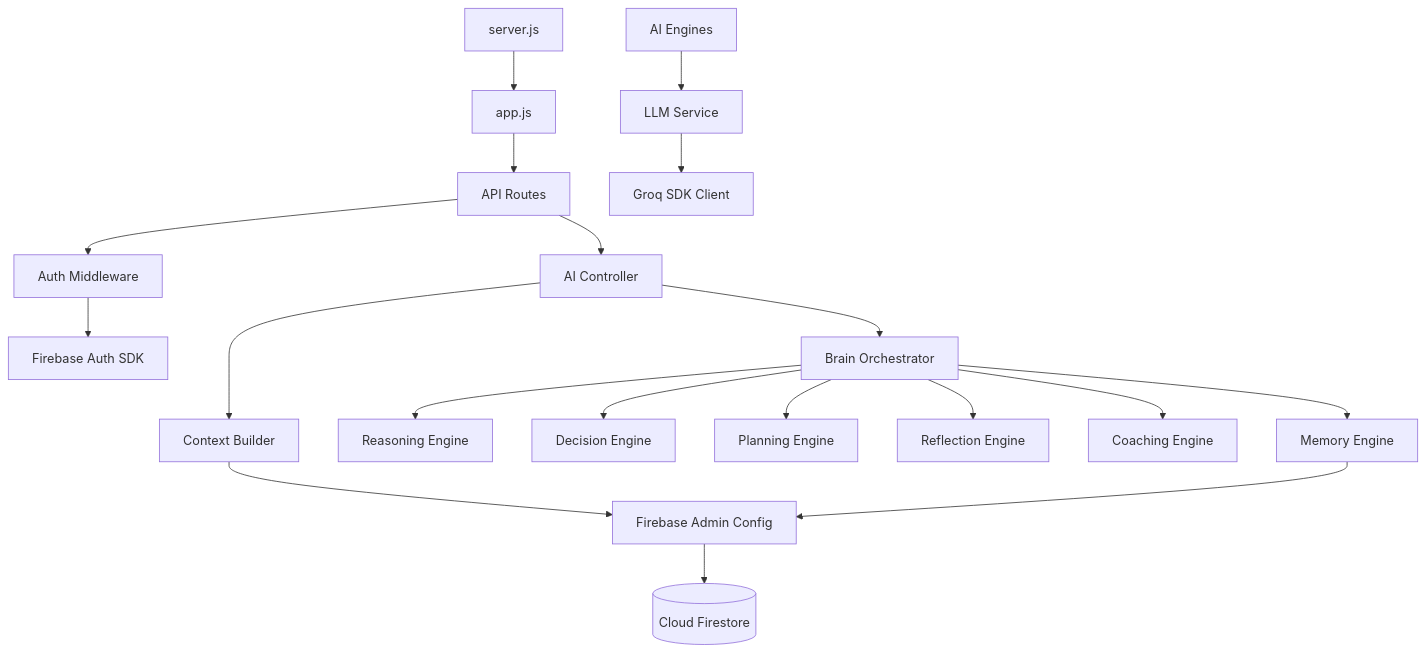
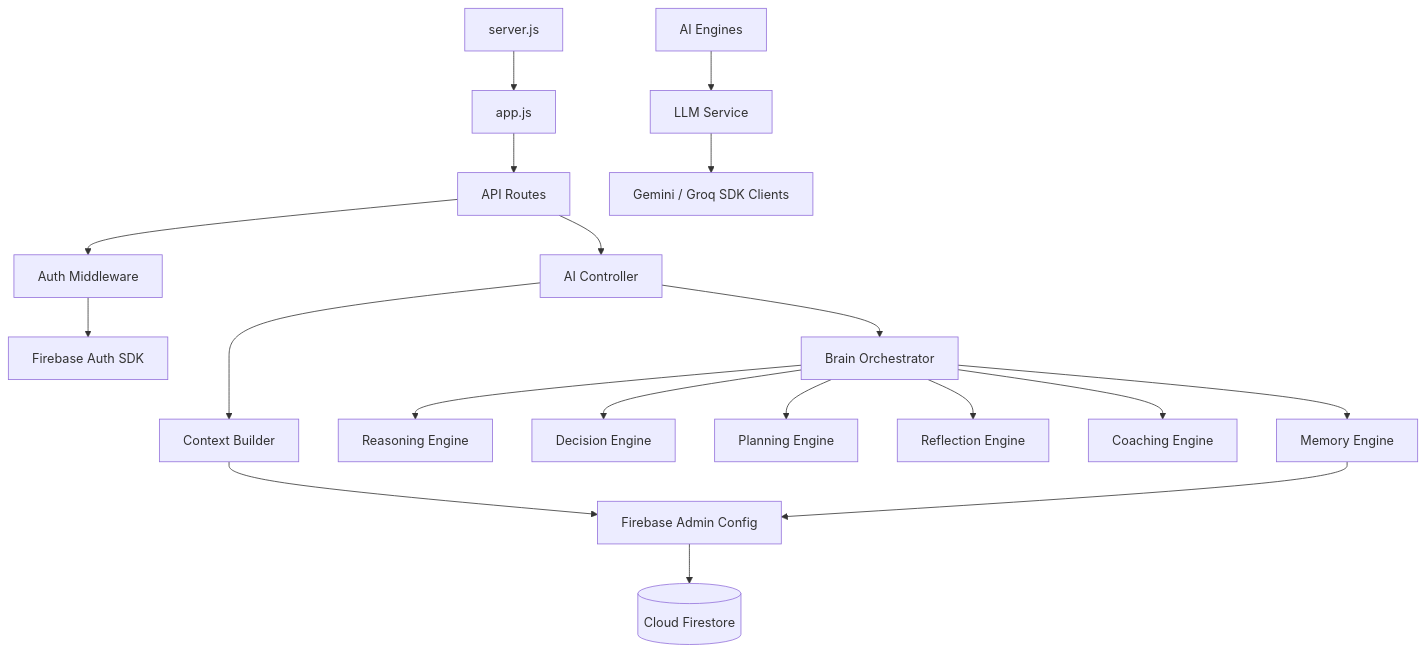
One commit to Nitish-0710/vibe2ship-momentum changed the fourth of 7 diagrams in README.md. Above: the diagram before and after it, drawn with Mermaid. The commit also changed other lines of this file and 5 other files, not shown here.

Commit message:
feat: implement dual-provider LLM architecture supporting Gemini and Groq

````diff
--- a/README.md
+++ b/README.md
@@ -211,23 +211,23 @@
 ```mermaid
 graph TD
     Server[server.js] --> App[app.js]
     App --> Routes[API Routes]
     Routes --> AuthMiddleware[Auth Middleware]
     AuthMiddleware --> FirebaseAuth[Firebase Auth SDK]
     Routes --> AIController[AI Controller]
     AIController --> ContextBuilder[Context Builder]
     AIController --> Orchestrator[Brain Orchestrator]
     Orchestrator --> ReasoningEngine[Reasoning Engine]
     Orchestrator --> DecisionEngine[Decision Engine]
     Orchestrator --> PlanningEngine[Planning Engine]
     Orchestrator --> ReflectionEngine[Reflection Engine]
     Orchestrator --> CoachingEngine[Coaching Engine]
     Orchestrator --> MemoryEngine[Memory Engine]
     
     Engines[AI Engines] --> LLMService[LLM Service]
-    LLMService --> GroqSDK[Groq SDK Client]
+    LLMService --> LLMSDKs[Gemini / Groq SDK Clients]
     
     ContextBuilder --> FirebaseConfig[Firebase Admin Config]
     MemoryEngine --> FirebaseConfig
     FirebaseConfig --> Firestore[(Cloud Firestore)]
 ```
````
